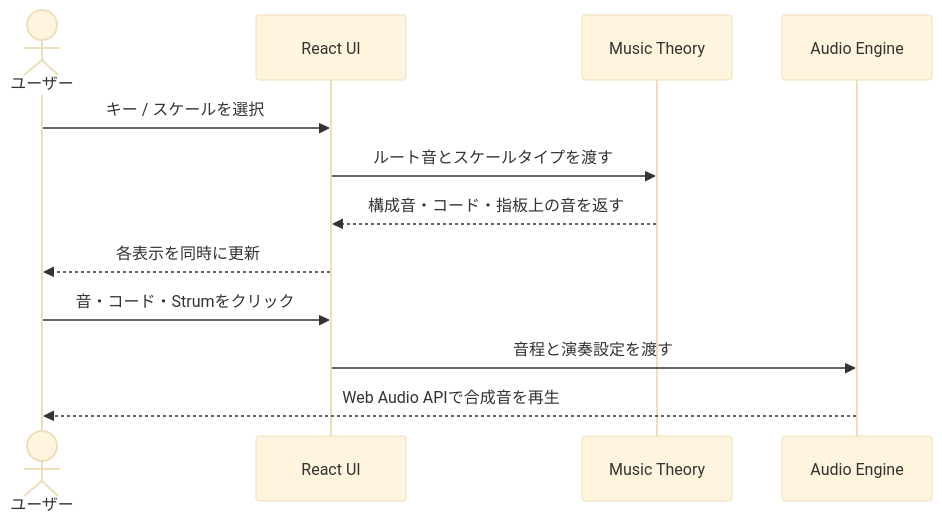
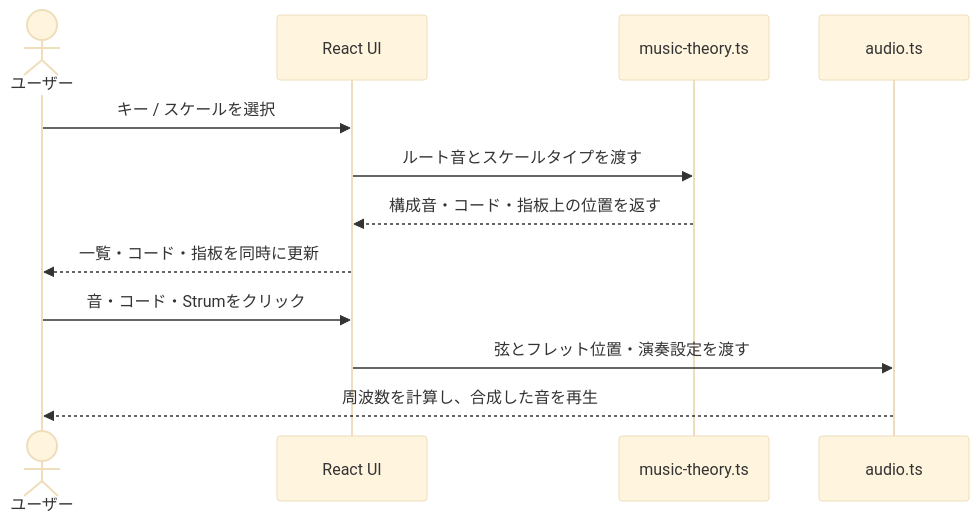
One commit to juhyun-kim-dev/guitar-scale-lab changed the diagram in README.md. Above: the diagram before and after it, drawn with Mermaid (base theme). The commit also changed other lines of this file and 1 other file, not shown here.

Commit message:
Update README and architecture diagram

````diff
--- a/README.md
+++ b/README.md
@@ -68,15 +64,15 @@
 ```mermaid
 sequenceDiagram
     actor User as ユーザー
     participant UI as React UI
-    participant Theory as Music Theory
-    participant Audio as Audio Engine
+    participant Theory as music-theory.ts
+    participant Audio as audio.ts
 
     User->>UI: キー / スケールを選択
     UI->>Theory: ルート音とスケールタイプを渡す
-    Theory-->>UI: 構成音・コード・指板上の音を返す
-    UI-->>User: 各表示を同時に更新
+    Theory-->>UI: 構成音・コード・指板上の位置を返す
+    UI-->>User: 一覧・コード・指板を同時に更新
     User->>UI: 音・コード・Strumをクリック
-    UI->>Audio: 音程と演奏設定を渡す
-    Audio-->>User: Web Audio APIで合成音を再生
+    UI->>Audio: 弦とフレット位置・演奏設定を渡す
+    Audio-->>User: 周波数を計算し、合成した音を再生
 ```
````
